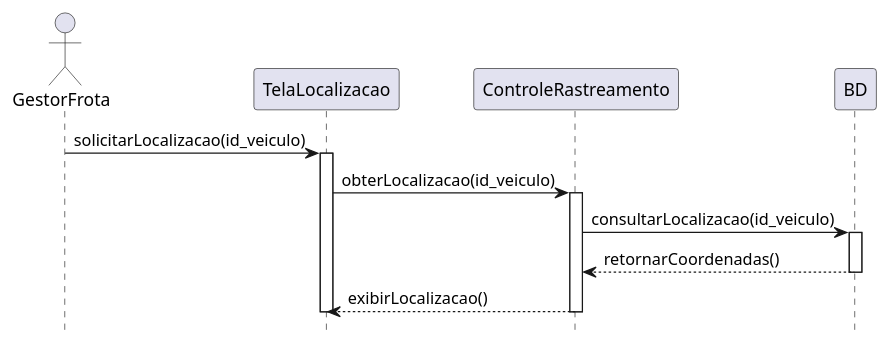
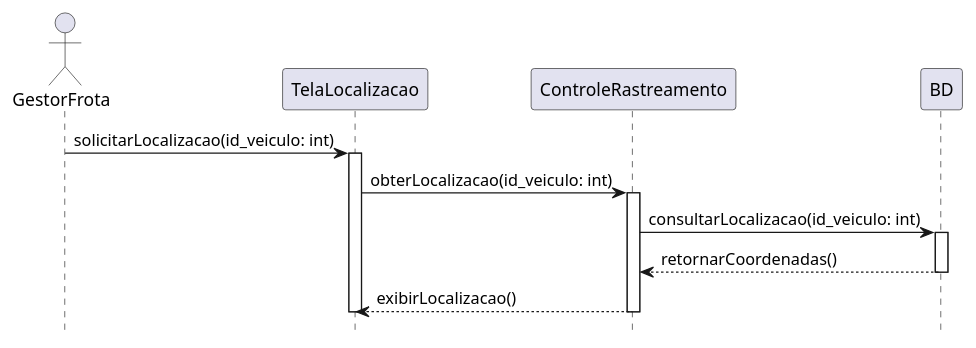
Before and after one commit to Pollyanadias/Sistema-de-Gerenciamento-de-Frotas: the diagram in Gerenciamento de Frotas/Diagramas de Sequencias/Verificar Localização do Veiculo.iuml, drawn with PlantUML.

Commit message:
Update Verificar Localização do Veiculo.iuml

```diff
--- a/Gerenciamento de Frotas/Diagramas de Sequencias/Verificar Localização do Veiculo.iuml
+++ b/Gerenciamento de Frotas/Diagramas de Sequencias/Verificar Localização do Veiculo.iuml
@@ -1,25 +1,25 @@
 @startuml "Verificar a Localização do Veículo"
 hide footbox
 
 actor GestorFrota as gestor_ator
 participant TelaLocalizacao as tela_localizacao
 participant ControleRastreamento as controle_rastreamento
 participant BD as bd
 
-gestor_ator -> tela_localizacao: solicitarLocalizacao(id_veiculo)
+gestor_ator -> tela_localizacao: solicitarLocalizacao(id_veiculo: int)
 activate tela_localizacao
 
-tela_localizacao -> controle_rastreamento: obterLocalizacao(id_veiculo)
+tela_localizacao -> controle_rastreamento: obterLocalizacao(id_veiculo: int)
 activate controle_rastreamento
 
-controle_rastreamento -> bd: consultarLocalizacao(id_veiculo)
+controle_rastreamento -> bd: consultarLocalizacao(id_veiculo: int)
 activate bd
 
 bd --> controle_rastreamento: retornarCoordenadas()
 deactivate bd
 
 controle_rastreamento --> tela_localizacao: exibirLocalizacao()
 deactivate controle_rastreamento
 
 deactivate tela_localizacao
 @enduml
```
